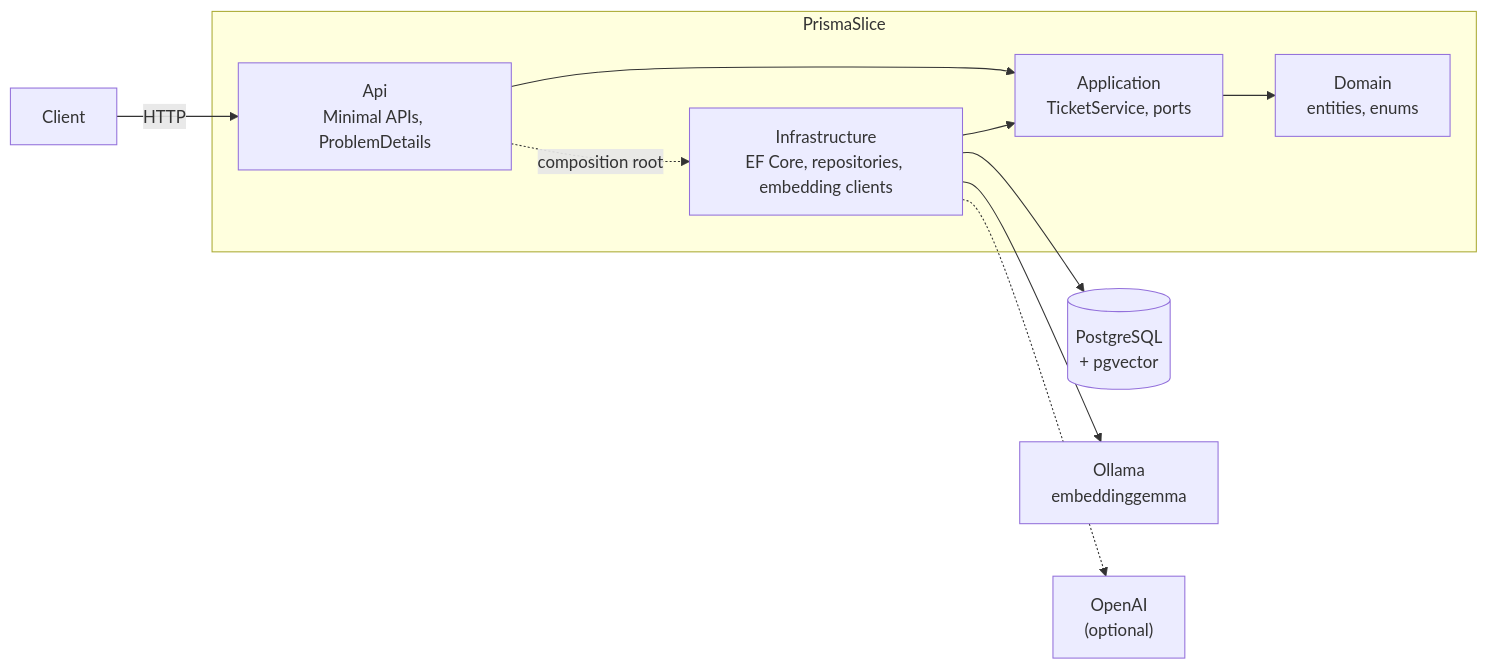
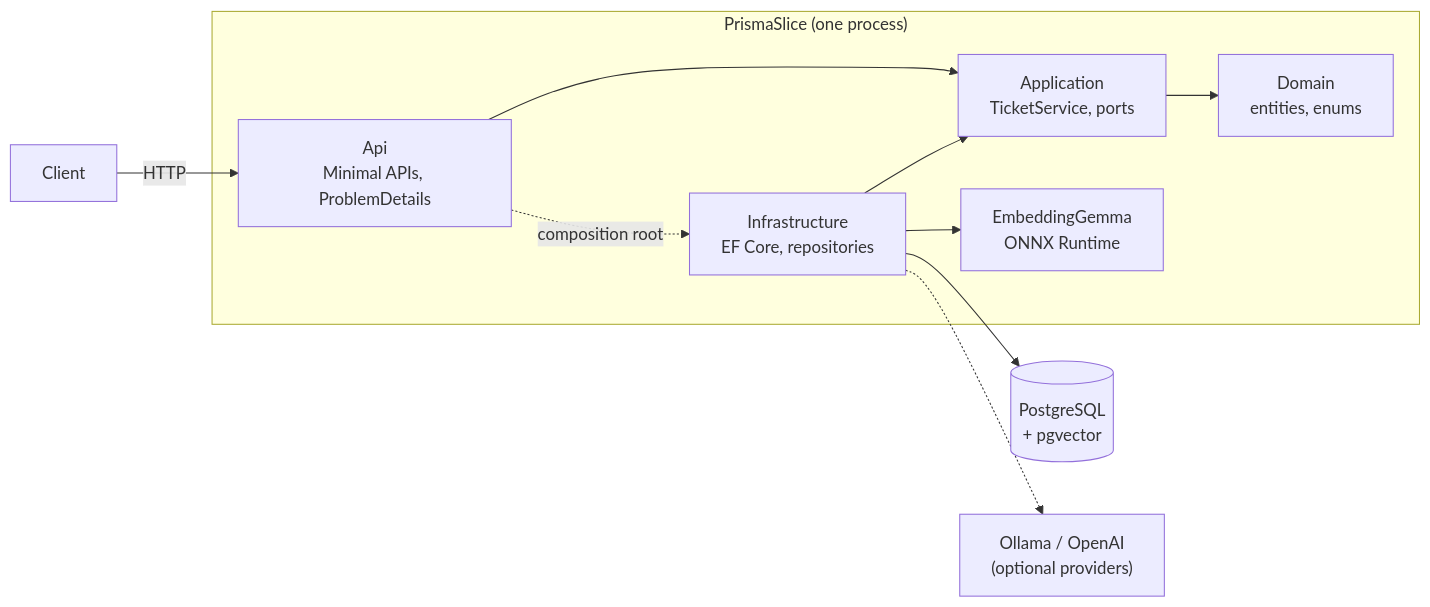
Before and after one commit to JuanAvendan/PrismaSlice: the first of 2 diagrams in README.md, drawn with Mermaid. The commit also changed other lines of this file, not shown here.

Commit message:
docs: describe in-process embeddings in the README

````diff
--- a/README.md
+++ b/README.md
@@ -61,13 +60,13 @@
 ```mermaid
 flowchart LR
     Client -->|HTTP| Api
-    subgraph PrismaSlice
+    subgraph PrismaSlice["PrismaSlice (one process)"]
         Api["Api<br/>Minimal APIs, ProblemDetails"] --> Application
         Infrastructure --> Application
         Application["Application<br/>TicketService, ports"] --> Domain["Domain<br/>entities, enums"]
         Api -. composition root .-> Infrastructure
+        Infrastructure["Infrastructure<br/>EF Core, repositories"] --> Onnx["EmbeddingGemma<br/>ONNX Runtime"]
     end
-    Infrastructure["Infrastructure<br/>EF Core, repositories, embedding clients"] --> Postgres[("PostgreSQL<br/>+ pgvector")]
-    Infrastructure --> Ollama["Ollama<br/>embeddinggemma"]
-    Infrastructure -.-> OpenAI["OpenAI<br/>(optional)"]
+    Infrastructure --> Postgres[("PostgreSQL<br/>+ pgvector")]
+    Infrastructure -.-> Other["Ollama / OpenAI<br/>(optional providers)"]
 ```
````
